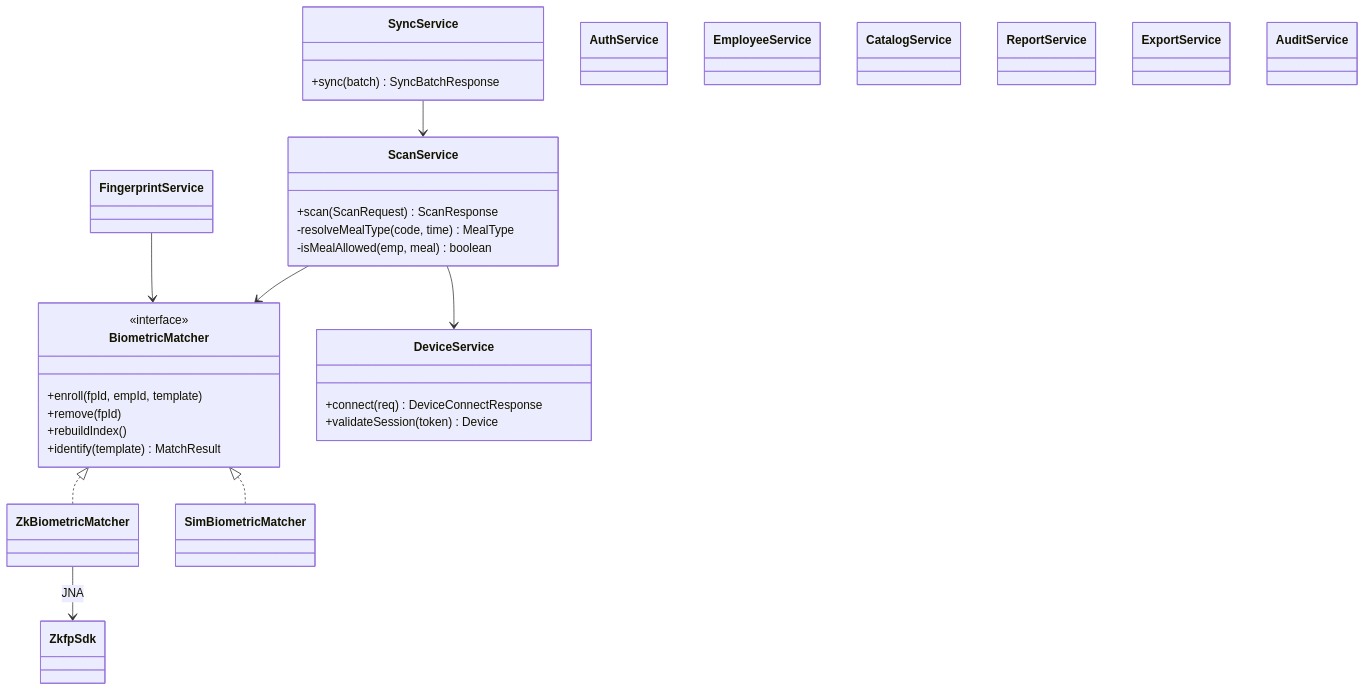
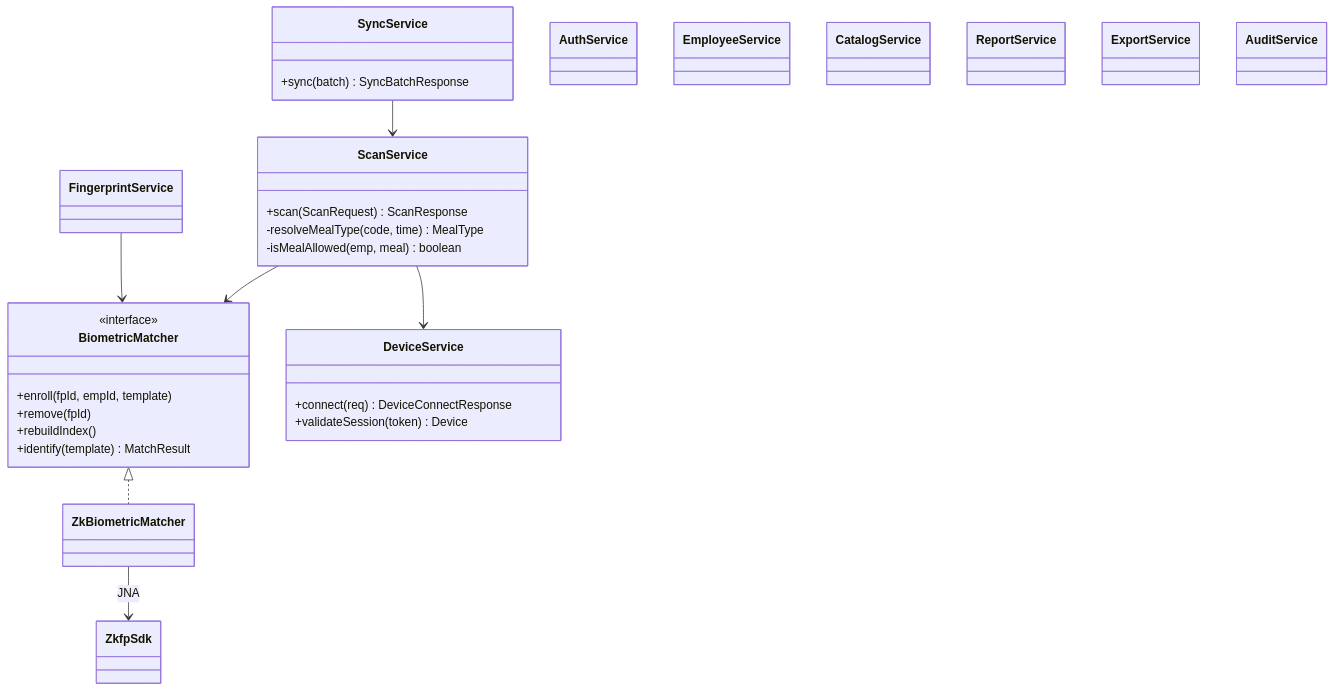
Before and after one commit to sampedro2002/proyectoFinal: the second of 2 diagrams in controlEatFoodWeb/docs/ARQUITECTURA.md, drawn with Mermaid. The commit also changed 39 other files, not shown here.

````diff
--- a/controlEatFoodWeb/docs/ARQUITECTURA.md
+++ b/controlEatFoodWeb/docs/ARQUITECTURA.md
@@ -133,39 +133,37 @@
 ```mermaid
 classDiagram
     class ScanService {
         +scan(ScanRequest) ScanResponse
         -resolveMealType(code, time) MealType
         -isMealAllowed(emp, meal) boolean
     }
     class BiometricMatcher {
         <<interface>>
         +enroll(fpId, empId, template)
         +remove(fpId)
         +rebuildIndex()
         +identify(template) MatchResult
     }
     class ZkBiometricMatcher
-    class SimBiometricMatcher
     class DeviceService {
         +connect(req) DeviceConnectResponse
         +validateSession(token) Device
     }
     class SyncService {
         +sync(batch) SyncBatchResponse
     }
     class AuthService
     class EmployeeService
     class FingerprintService
     class CatalogService
     class ReportService
     class ExportService
     class AuditService
 
     BiometricMatcher <|.. ZkBiometricMatcher
-    BiometricMatcher <|.. SimBiometricMatcher
     ScanService --> BiometricMatcher
     ScanService --> DeviceService
     SyncService --> ScanService
     FingerprintService --> BiometricMatcher
     ZkBiometricMatcher --> ZkfpSdk : JNA
 ```
````
